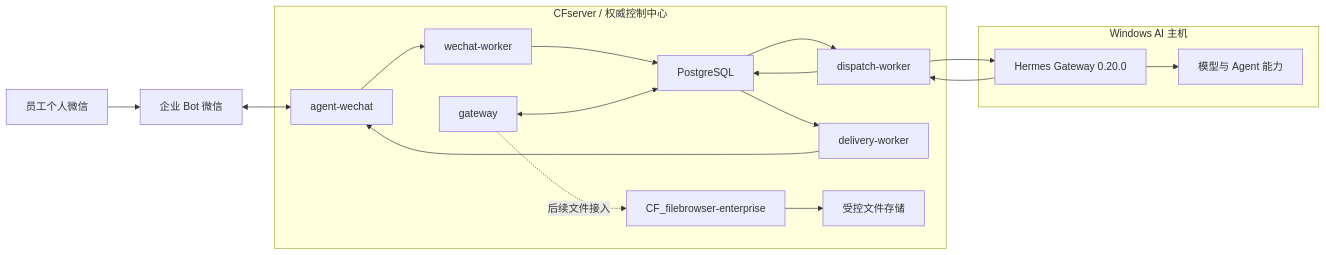
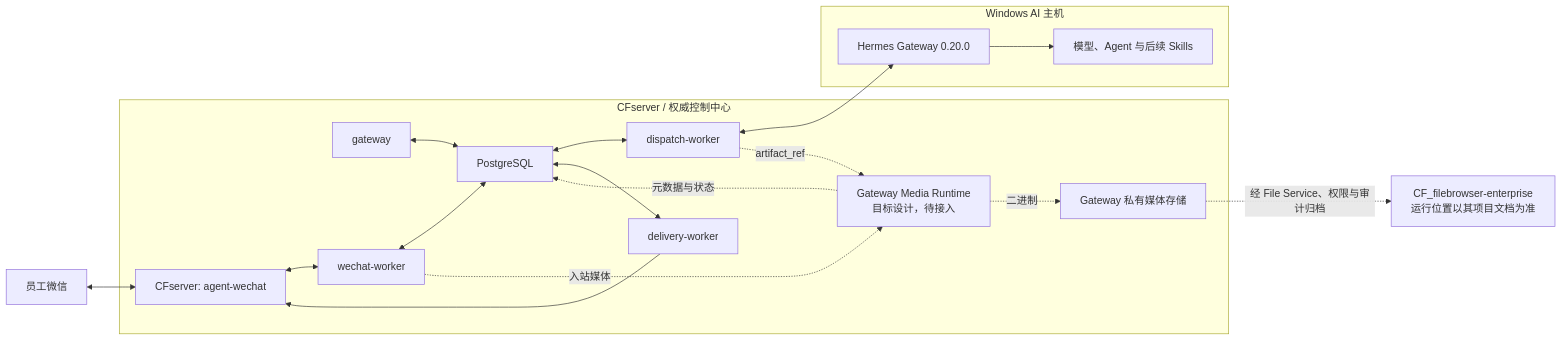
One commit to Tangbohu09527/CF_ecommerce-automation-docs changed the diagram in README.md. Above: the diagram before and after it, drawn with Mermaid. The commit also changed other lines of this file and 16 other files, not shown here.

Commit message:
docs: sync private group and media runtime status

````diff
--- a/README.md
+++ b/README.md
@@ -32,26 +34,34 @@
 ```mermaid
 flowchart LR
-    E["员工个人微信"] --> B["企业 Bot 微信"]
+    E["员工微信"]
     subgraph CFS["CFserver / 权威控制中心"]
-        AW["agent-wechat"]
+        AW["CFserver: agent-wechat"]
         GW["gateway"]
         WW["wechat-worker"]
         DW["dispatch-worker"]
         DLW["delivery-worker"]
-        DB["PostgreSQL"]
-        FB["CF_filebrowser-enterprise"]
-        FS["受控文件存储"]
+        PG["PostgreSQL"]
+        MR["Gateway Media Runtime<br/>目标设计，待接入"]
+        PS["Gateway 私有媒体存储"]
     end
     subgraph AI["Windows AI 主机"]
         H["Hermes Gateway 0.20.0"]
-        MA["模型与 Agent 能力"]
+        MA["模型、Agent 与后续 Skills"]
     end
+    FB["CF_filebrowser-enterprise<br/>运行位置以其项目文档为准"]
 
-    B <--> AW
-    AW --> WW --> DB
-    GW <--> DB
-    DB --> DW --> H --> MA
-    H --> DW --> DB --> DLW --> AW
-    GW -. "后续文件接入" .-> FB
-    FB --> FS
+    E <--> AW
+    AW <--> WW
+    GW <--> PG
+    WW <--> PG
+    PG <--> DW
+    DW <--> H
+    H --> MA
+    PG <--> DLW
+    DLW --> AW
+    WW -. "入站媒体" .-> MR
+    DW -. "artifact_ref" .-> MR
+    MR -. "元数据与状态" .-> PG
+    MR -. "二进制" .-> PS
+    PS -. "经 File Service、权限与审计归档" .-> FB
 ```
````
